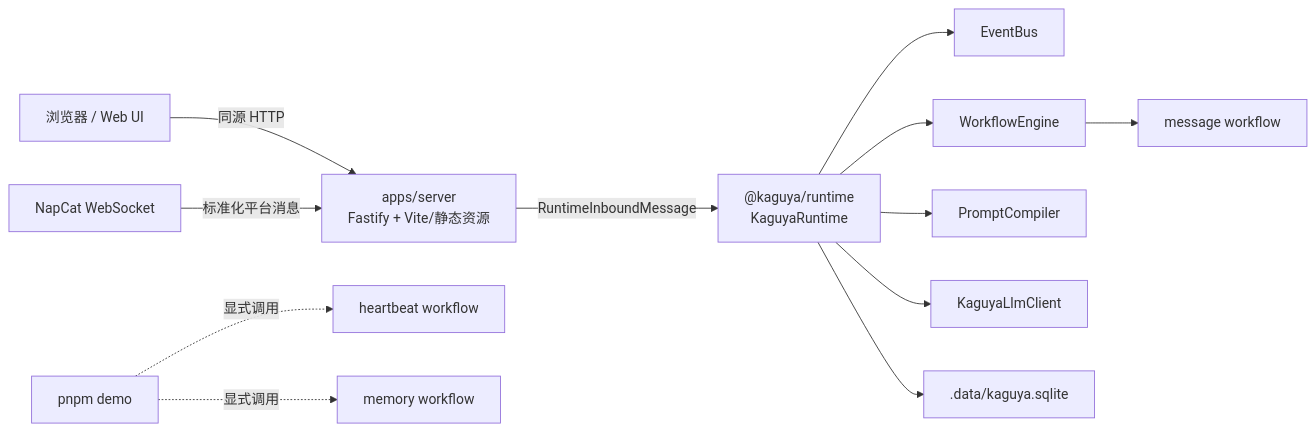
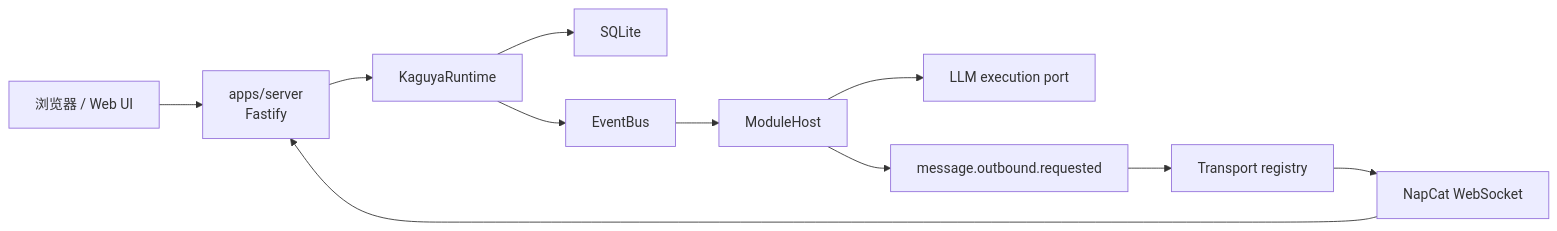
Before and after one commit to posanbu/Kaguya: the first of 2 diagrams in docs/architecture.md, drawn with Mermaid. The commit also changed other lines of this file and 69 other files, not shown here.

Commit message:
feat: integrate sessionless module runtime

````diff
--- a/docs/architecture.md
+++ b/docs/architecture.md
@@ -7,14 +7,13 @@
 ```mermaid
 flowchart LR
-  Browser["浏览器 / Web UI"] -->|"同源 HTTP"| Server["apps/server\nFastify + Vite/静态资源"]
-  NapCat["NapCat WebSocket"] -->|"标准化平台消息"| Server
-  Server -->|"RuntimeInboundMessage"| Runtime["@kaguya/runtime\nKaguyaRuntime"]
-  Runtime --> EventBus["EventBus"]
-  Runtime --> Engine["WorkflowEngine"]
-  Runtime --> Prompt["PromptCompiler"]
-  Runtime --> LLM["KaguyaLlmClient"]
-  Runtime --> DB[".data/kaguya.sqlite"]
-  Engine --> Message["message workflow"]
-  Demo["pnpm demo"] -. "显式调用" .-> Heartbeat["heartbeat workflow"]
-  Demo -. "显式调用" .-> Memory["memory workflow"]
+  Browser["浏览器 / Web UI"] --> Server["apps/server\nFastify"]
+  NapCat["NapCat WebSocket"] --> Server
+  Server --> Runtime["KaguyaRuntime"]
+  Runtime --> DB["SQLite"]
+  Runtime --> Bus["EventBus"]
+  Bus --> Host["ModuleHost"]
+  Host --> LLM["LLM execution port"]
+  Host --> Outbound["message.outbound.requested"]
+  Outbound --> Registry["Transport registry"]
+  Registry --> NapCat
 ```
````
